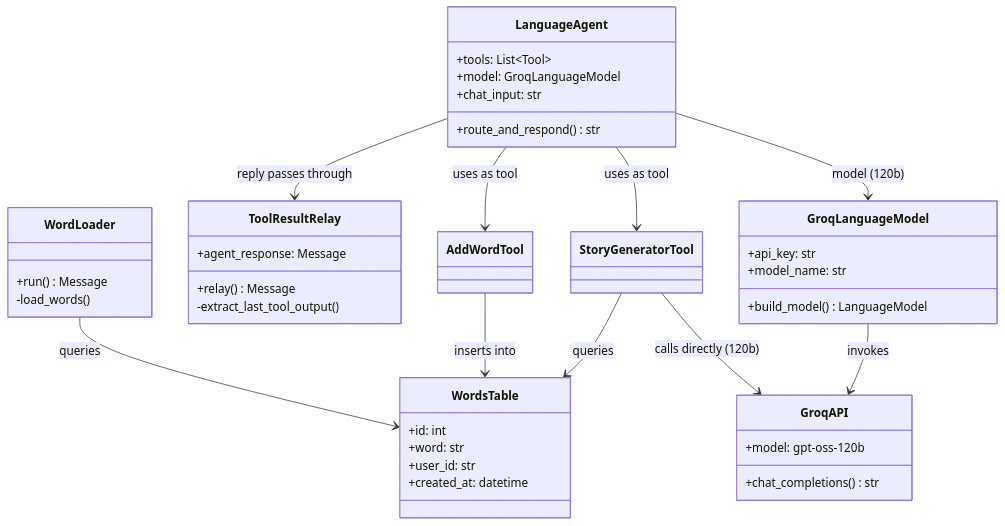
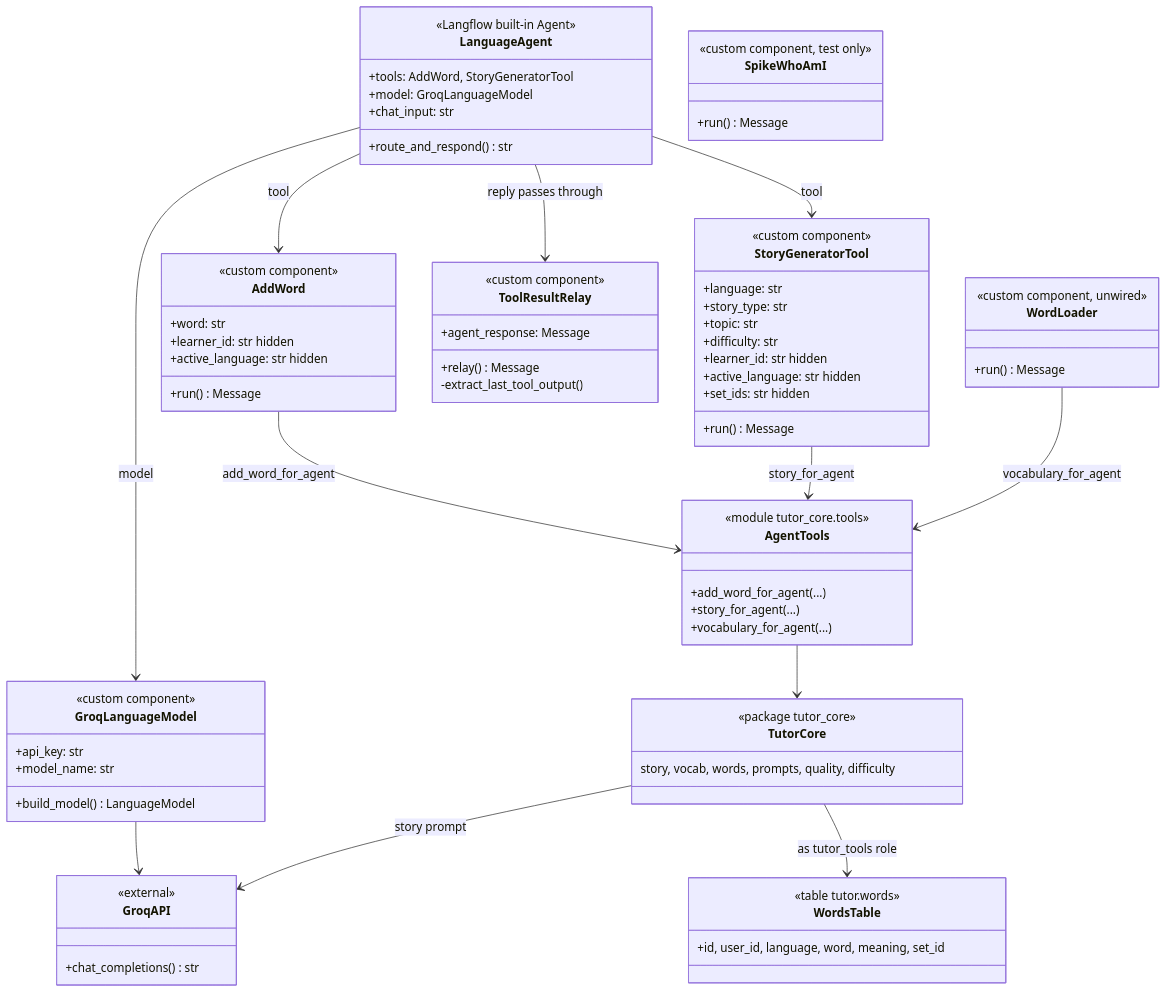
One commit to stanley-yang-2001/bpllc_project changed the diagram in docs/class-diagram.md. Above: the diagram before and after it, drawn with Mermaid. The commit also changed other lines of this file and 127 other files, not shown here.

First line of the commit message:
Word sets, read aloud, pronunciation and translation, SOLID refactor, current diagrams (patches 0027 to 0031 combined)

````diff
--- a/docs/class-diagram.md
+++ b/docs/class-diagram.md
@@ -3,48 +14,78 @@
 ```mermaid
 classDiagram
-    class WordLoader {
-        +run() Message
-        -load_words()
-    }
-
     class LanguageAgent {
-        +tools: List~Tool~
+        <<Langflow built-in Agent>>
+        +tools: AddWord, StoryGeneratorTool
         +model: GroqLanguageModel
         +chat_input: str
         +route_and_respond() str
     }
-
+    class GroqLanguageModel {
+        <<custom component>>
+        +api_key: str
+        +model_name: str
+        +build_model() LanguageModel
+    }
+    class AddWord {
+        <<custom component>>
+        +word: str
+        +learner_id: str hidden
+        +active_language: str hidden
+        +run() Message
+    }
+    class StoryGeneratorTool {
+        <<custom component>>
+        +language: str
+        +story_type: str
+        +topic: str
+        +difficulty: str
+        +learner_id: str hidden
+        +active_language: str hidden
+        +set_ids: str hidden
+        +run() Message
+    }
     class ToolResultRelay {
+        <<custom component>>
         +agent_response: Message
         +relay() Message
         -extract_last_tool_output()
     }
-
-    class GroqLanguageModel {
-        +api_key: str
-        +model_name: str
-        +build_model() LanguageModel
+    class WordLoader {
+        <<custom component, unwired>>
+        +run() Message
+    }
+    class SpikeWhoAmI {
+        <<custom component, test only>>
+        +run() Message
+    }
+    class AgentTools {
+        <<module tutor_core.tools>>
+        +add_word_for_agent(...)
+        +story_for_agent(...)
+        +vocabulary_for_agent(...)
+    }
+    class TutorCore {
+        <<package tutor_core>>
+        story, vocab, words, prompts, quality, difficulty
+    }
+    class GroqAPI {
+        <<external>>
+        +chat_completions() str
+    }
+    class WordsTable {
+        <<table tutor.words>>
+        +id, user_id, language, word, meaning, set_id
     }
 
-    class GroqAPI {
-        +model: gpt-oss-120b
-        +chat_completions() str
-    }
-
-    class WordsTable {
-        +id: int
-        +word: str
-        +user_id: str
-        +created_at: datetime
-    }
-
-    LanguageAgent --> AddWordTool : uses as tool
-    LanguageAgent --> StoryGeneratorTool : uses as tool
-    LanguageAgent --> GroqLanguageModel : model (120b)
+    LanguageAgent --> AddWord : tool
+    LanguageAgent --> StoryGeneratorTool : tool
+    LanguageAgent --> GroqLanguageModel : model
     LanguageAgent --> ToolResultRelay : reply passes through
-    GroqLanguageModel --> GroqAPI : invokes
-    StoryGeneratorTool --> GroqAPI : calls directly (120b)
-    StoryGeneratorTool --> WordsTable : queries
-    AddWordTool --> WordsTable : inserts into
-    WordLoader --> WordsTable : queries
+    GroqLanguageModel --> GroqAPI
+    AddWord --> AgentTools : add_word_for_agent
+    StoryGeneratorTool --> AgentTools : story_for_agent
+    WordLoader --> AgentTools : vocabulary_for_agent
+    AgentTools --> TutorCore
+    TutorCore --> GroqAPI : story prompt
+    TutorCore --> WordsTable : as tutor_tools role
 ```
````
